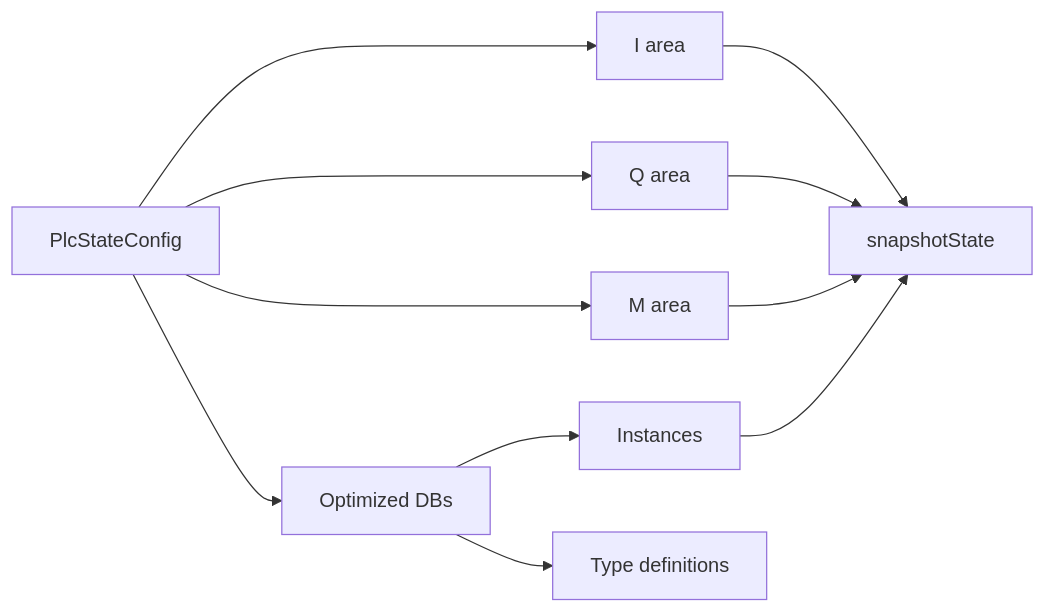
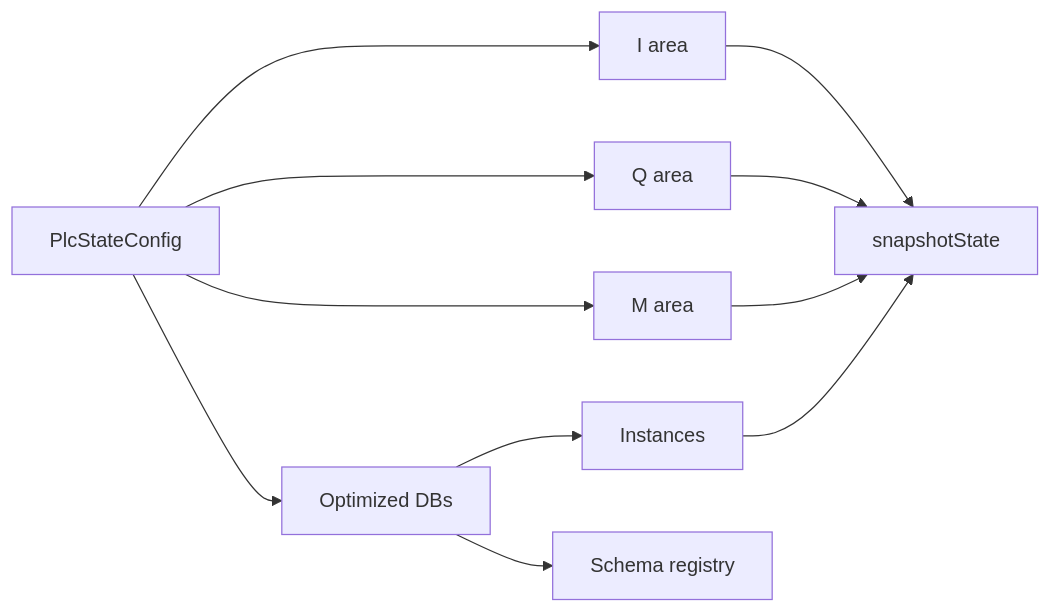
One commit to OidaTiftla/scl-emulator changed the first of 3 diagrams in docs/plc-simulator.md. Above: the diagram before and after it, drawn with Mermaid. The commit also changed other lines of this file and 11 other files, not shown here.

First line of the commit message:
feat(schema): implement analyzeFbSchema for function block schema analysis

````diff
--- a/docs/plc-simulator.md
+++ b/docs/plc-simulator.md
@@ -7,13 +7,13 @@
 ```mermaid
 flowchart LR
   Config[PlcStateConfig] --> Inputs[I area]
   Config --> Outputs[Q area]
   Config --> Flags[M area]
   Config --> OptimizedDBs[Optimized DBs]
   OptimizedDBs --> Instances[Instances]
-  OptimizedDBs --> Types[Type definitions]
+  OptimizedDBs --> Schema[Schema registry]
   Inputs --> Snapshot[snapshotState]
   Outputs --> Snapshot
   Flags --> Snapshot
   Instances --> Snapshot
 ```
````
